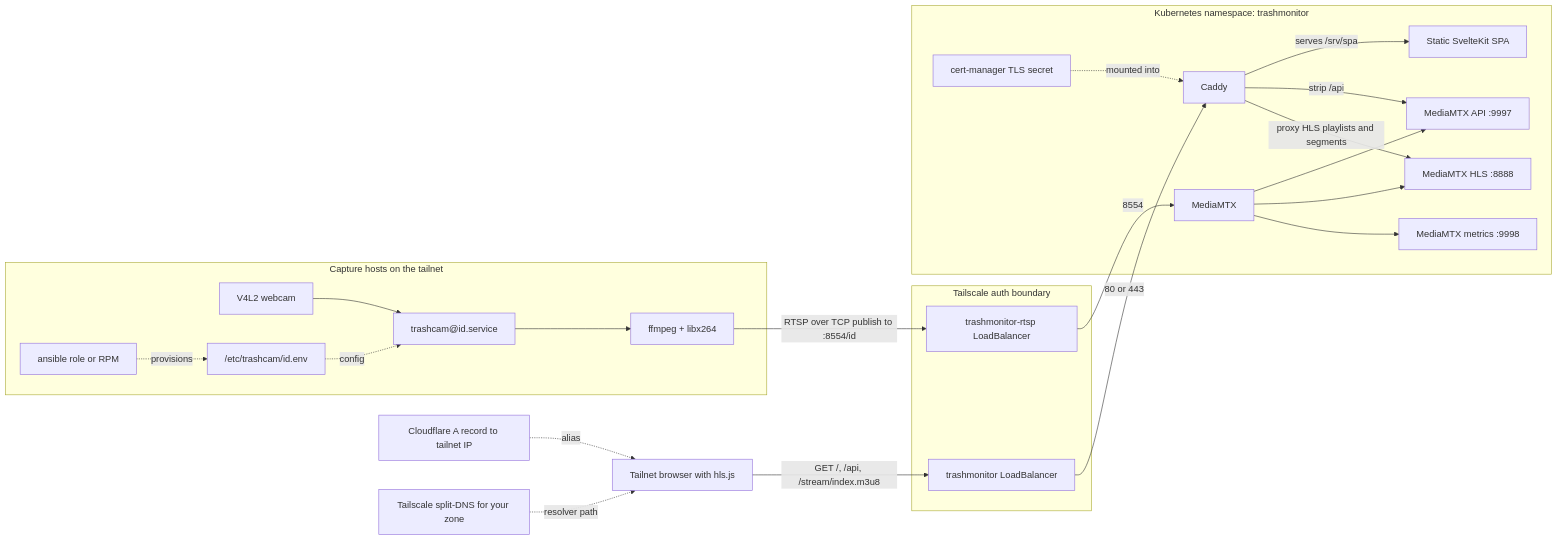
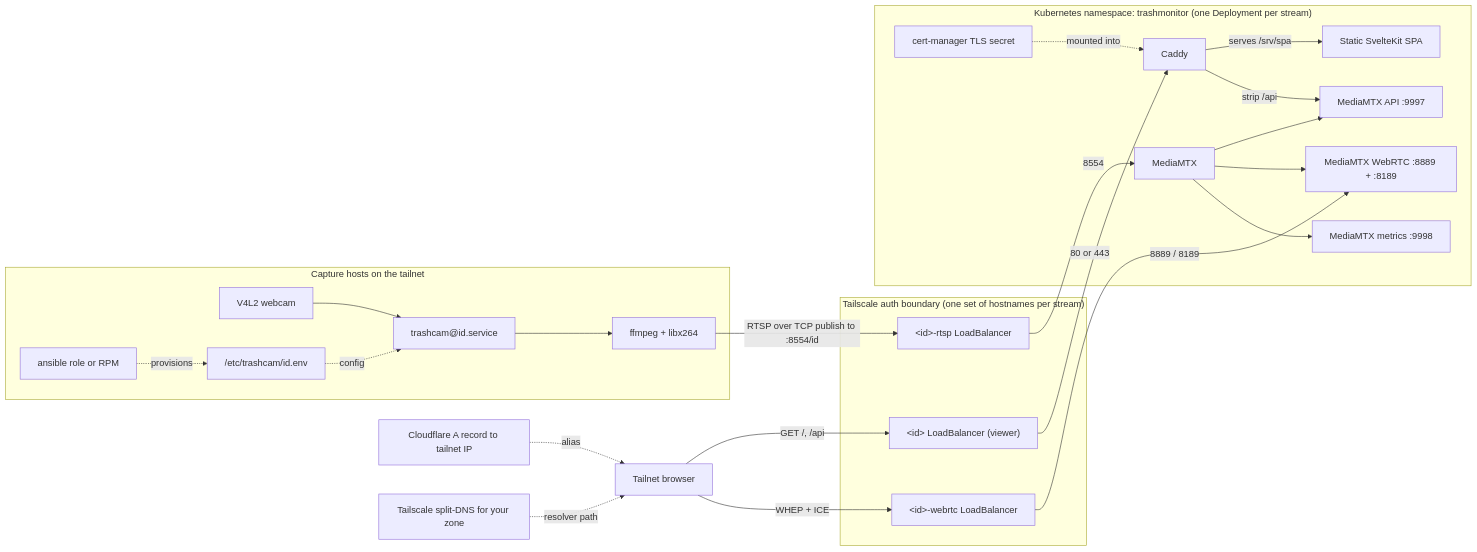
One commit to Jesssullivan/tailnet-trashmonitor changed the diagram in README.md. Above: the diagram before and after it, drawn with Mermaid. The commit also changed other lines of this file and 24 other files, not shown here.

Commit message:
checkpoint(neo-final-20260718T1547Z): Neo dirty-root migration insurance for tailnet-trashmonitor

````diff
--- a/README.md
+++ b/README.md
@@ -20,40 +20,42 @@
 ```mermaid
 flowchart LR
     subgraph Capture["Capture hosts on the tailnet"]
         Camera["V4L2 webcam"] --> Unit["trashcam@id.service"]
         Unit --> FFmpeg["ffmpeg + libx264"]
         Env["/etc/trashcam/id.env"] -. config .-> Unit
         Ansible["ansible role or RPM"] -. provisions .-> Env
     end
 
-    subgraph Tailnet["Tailscale auth boundary"]
-        RtspLB["trashmonitor-rtsp LoadBalancer"]
-        WebLB["trashmonitor LoadBalancer"]
+    subgraph Tailnet["Tailscale auth boundary (one set of hostnames per stream)"]
+        RtspLB["&lt;id&gt;-rtsp LoadBalancer"]
+        WebLB["&lt;id&gt; LoadBalancer (viewer)"]
+        WebrtcLB["&lt;id&gt;-webrtc LoadBalancer"]
     end
 
-    subgraph Cluster["Kubernetes namespace: trashmonitor"]
+    subgraph Cluster["Kubernetes namespace: trashmonitor (one Deployment per stream)"]
         Caddy["Caddy"]
         MediaMTX["MediaMTX"]
         Api["MediaMTX API :9997"]
-        Hls["MediaMTX HLS :8888"]
+        Webrtc["MediaMTX WebRTC :8889 + :8189"]
         Metrics["MediaMTX metrics :9998"]
         Spa["Static SvelteKit SPA"]
         Cert["cert-manager TLS secret"]
     end
 
-    Browser["Tailnet browser with hls.js"] -->|"GET /, /api, /stream/index.m3u8"| WebLB
+    Browser["Tailnet browser"] -->|"GET /, /api"| WebLB
+    Browser -->|"WHEP + ICE"| WebrtcLB
     WebLB -->|"80 or 443"| Caddy
+    WebrtcLB -->|"8889 / 8189"| Webrtc
     Caddy -->|"serves /srv/spa"| Spa
     Caddy -->|"strip /api"| Api
-    Caddy -->|"proxy HLS playlists and segments"| Hls
 
     FFmpeg -->|"RTSP over TCP publish to :8554/id"| RtspLB
     RtspLB -->|"8554"| MediaMTX
     MediaMTX --> Api
-    MediaMTX --> Hls
+    MediaMTX --> Webrtc
     MediaMTX --> Metrics
 
     Cloudflare["Cloudflare A record to tailnet IP"] -. alias .-> Browser
     SplitDNS["Tailscale split-DNS for your zone"] -. resolver path .-> Browser
     Cert -. mounted into .-> Caddy
 ```
````
